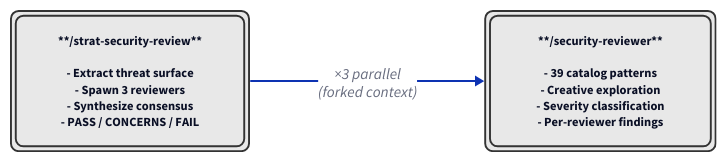
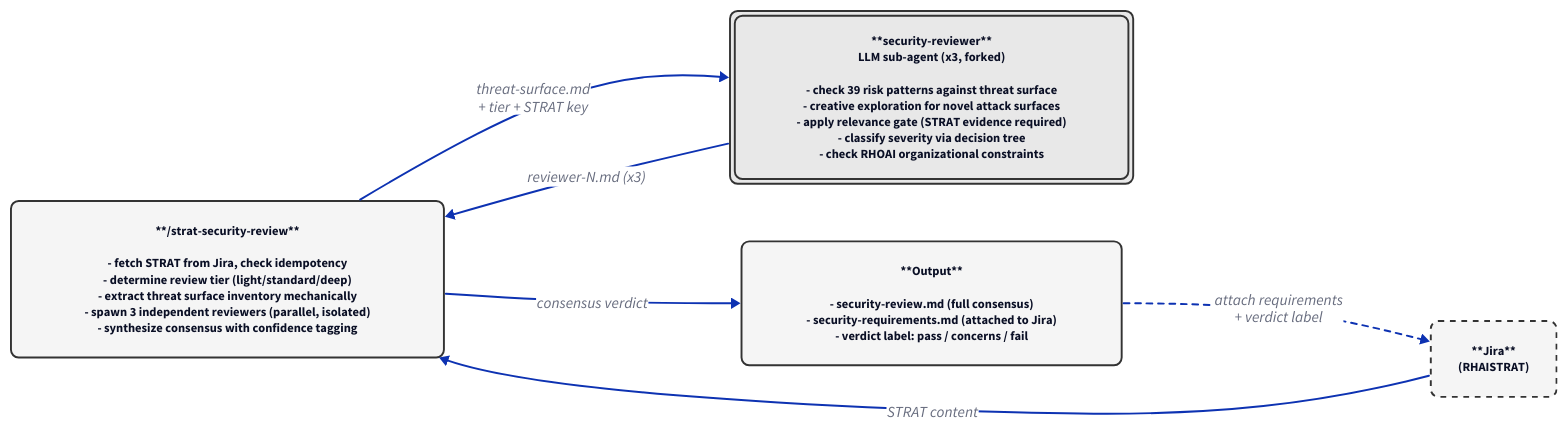
Before and after one commit to opendatahub-io/skills-registry: the diagram in site/docs/plugins/rhoai-security-reviewer/pipeline.d2, drawn with D2. The commit also changed 8 other files, not shown here.

First line of the commit message:
Regenerate diagrams for rhoai-security-reviewer plugin

```diff
--- a/site/docs/plugins/rhoai-security-reviewer/pipeline.d2
+++ b/site/docs/plugins/rhoai-security-reviewer/pipeline.d2
@@ -1,38 +1,80 @@
 direction: right
 
 *.style.border-radius: 8
 *.style.font-size: 13
 *.style.fill: "#f5f5f5"
 *.style.stroke: "#333333"
 
+# --- Entry / Orchestrator ---
+
 strat-security-review: |md
   **/strat-security-review**
 
-  - Extract threat surface
-  - Spawn 3 reviewers
-  - Synthesize consensus
-  - PASS / CONCERNS / FAIL
+  - fetch STRAT from Jira, check idempotency
+  - determine review tier (light/standard/deep)
+  - extract threat surface inventory mechanically
+  - spawn 3 independent reviewers (parallel, isolated)
+  - synthesize consensus with confidence tagging
+| {
+  shape: rectangle
+  style.fill: "#f5f5f5"
+  style.stroke: "#333333"
+  style.stroke-width: 2
+}
+
+# --- Sub-agent (forked context, x3) ---
+
+security-reviewer: |md
+  **security-reviewer**
+  LLM sub-agent (x3, forked)
+
+  - check 39 risk patterns against threat surface
+  - creative exploration for novel attack surfaces
+  - apply relevance gate (STRAT evidence required)
+  - classify severity via decision tree
+  - check RHOAI organizational constraints
 | {
   shape: rectangle
   style.fill: "#e8e8e8"
   style.stroke: "#333333"
   style.stroke-width: 2
   style.double-border: true
 }
 
-security-reviewer: |md
-  **/security-reviewer**
+# --- External: Jira ---
 
-  - 39 catalog patterns
-  - Creative exploration
-  - Severity classification
-  - Per-reviewer findings
+jira: |md
+  **Jira**
+  (RHAISTRAT)
 | {
   shape: rectangle
-  style.fill: "#e8e8e8"
+  style.fill: "#f5f5f5"
   style.stroke: "#333333"
   style.stroke-width: 2
-  style.double-border: true
+  style.stroke-dash: 3
 }
 
-strat-security-review -> security-reviewer: "×3 parallel\n(forked context)"
+# --- Output ---
+
+output: |md
+  **Output**
+
+  - security-review.md (full consensus)
+  - security-requirements.md (attached to Jira)
+  - verdict label: pass / concerns / fail
+| {
+  shape: rectangle
+  style.fill: "#f5f5f5"
+  style.stroke: "#333333"
+  style.stroke-width: 2
+}
+
+# --- Edges ---
+
+jira -> strat-security-review: "STRAT content"
+strat-security-review -> security-reviewer: "threat-surface.md\n+ tier + STRAT key"
+security-reviewer -> strat-security-review: "reviewer-N.md (x3)"
+strat-security-review -> output: "consensus verdict"
+output -> jira: "attach requirements\n+ verdict label" {
+  style.stroke-dash: 3
+}
```
